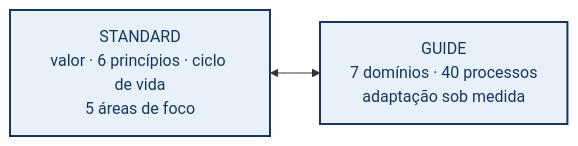
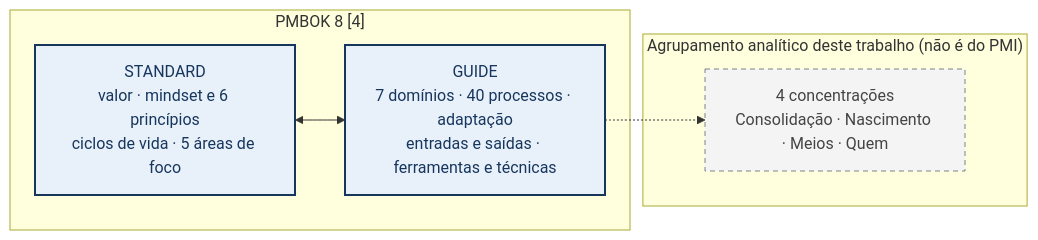
Before and after one commit to cadu-unb/_POS-PPCA-GPTI_2026-2: the first of 3 diagrams in _grupo/P3D/entregas/MD/P3D_Privacidade2_Relatorio_PT.md, drawn with Mermaid. The commit also changed other lines of this file and 19 other files, not shown here.

````diff
--- a/_grupo/P3D/entregas/MD/P3D_Privacidade2_Relatorio_PT.md
+++ b/_grupo/P3D/entregas/MD/P3D_Privacidade2_Relatorio_PT.md
@@ -26,6 +34,14 @@
 ```mermaid
 flowchart LR
-    S["STANDARD<br/>valor · 6 princípios · ciclo de vida<br/>5 áreas de foco"] <--> G["GUIDE<br/>7 domínios · 40 processos<br/>adaptação sob medida"]
+    subgraph PMI["PMBOK 8 [4]"]
+        S["STANDARD<br/>valor · mindset e 6 princípios<br/>ciclos de vida · 5 áreas de foco"] <--> G["GUIDE<br/>7 domínios · 40 processos · adaptação<br/>entradas e saídas · ferramentas e técnicas"]
+    end
+    subgraph AN["Agrupamento analítico deste trabalho (não é do PMI)"]
+        C["4 concentrações<br/>Consolidação · Nascimento · Meios · Quem"]
+    end
+    G -.-> C
     classDef source fill:#e8f1fa,stroke:#17365d,stroke-width:2px,color:#17365d
+    classDef analytic fill:#f4f4f4,stroke:#7a8288,stroke-dasharray:5 4,color:#444444
     class S,G source
+    class C analytic
 ```
````
